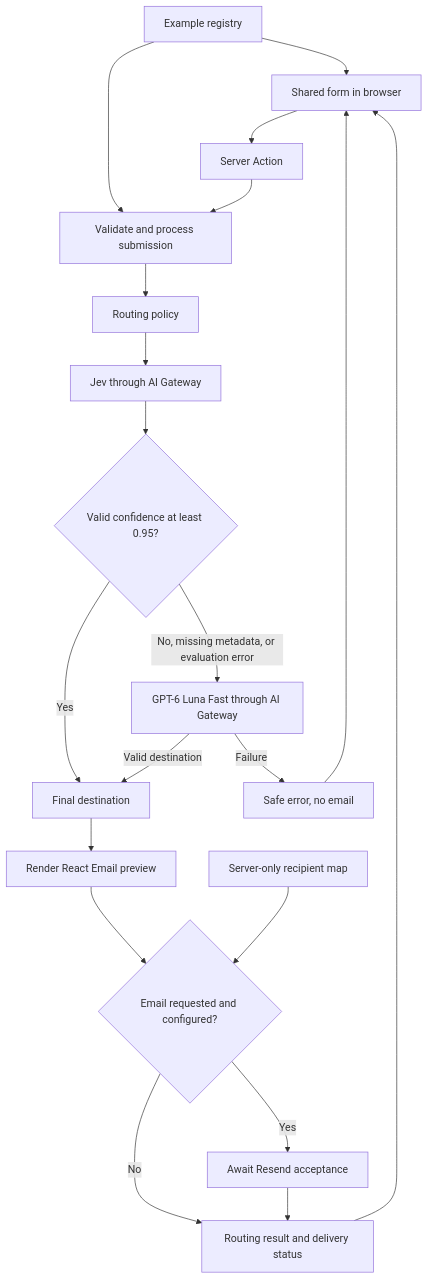
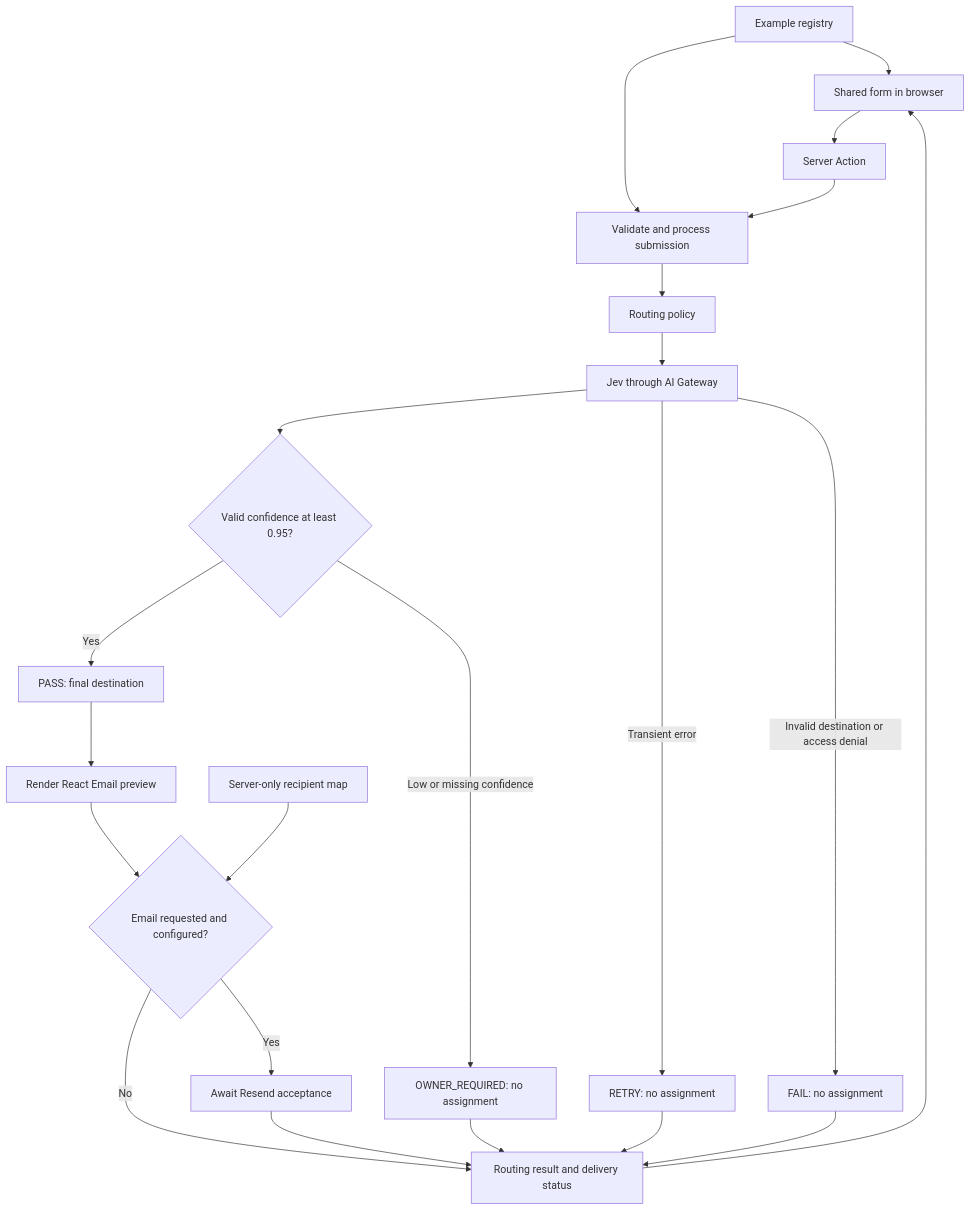
Before and after one commit to GRL87/ghr-jev-pilot: the diagram in ARCHITECTURE.md, drawn with Mermaid. The commit also changed other lines of this file and 11 other files, not shown here.

````diff
--- a/ARCHITECTURE.md
+++ b/ARCHITECTURE.md
@@ -35,22 +35,24 @@
 ```mermaid
 flowchart TD
     Browser[Shared form in browser] --> Action[Server Action]
     Registry[Example registry] --> Browser
     Registry --> Workflow[Validate and process submission]
     Action --> Workflow
     Workflow --> Router[Routing policy]
     Router --> Jev[Jev through AI Gateway]
     Jev --> Gate{Valid confidence at least 0.95?}
-    Gate -->|Yes| Final[Final destination]
-    Gate -->|No, missing metadata, or evaluation error| Fallback[GPT-6 Luna Fast through AI Gateway]
-    Fallback -->|Valid destination| Final
-    Fallback -->|Failure| Error[Safe error, no email]
+    Gate -->|Yes| Final[PASS: final destination]
+    Gate -->|Low or missing confidence| Owner[OWNER_REQUIRED: no assignment]
+    Jev -->|Transient error| Retry[RETRY: no assignment]
+    Jev -->|Invalid destination or access denial| Error[FAIL: no assignment]
     Final --> Email[Render React Email preview]
     Email --> OptIn{Email requested and configured?}
     Recipients[Server-only recipient map] --> OptIn
     OptIn -->|Yes| Resend[Await Resend acceptance]
     OptIn -->|No| Result[Routing result and delivery status]
     Resend --> Result
+    Owner --> Result
+    Retry --> Result
+    Error --> Result
     Result --> Browser
-    Error --> Browser
 ```
````
